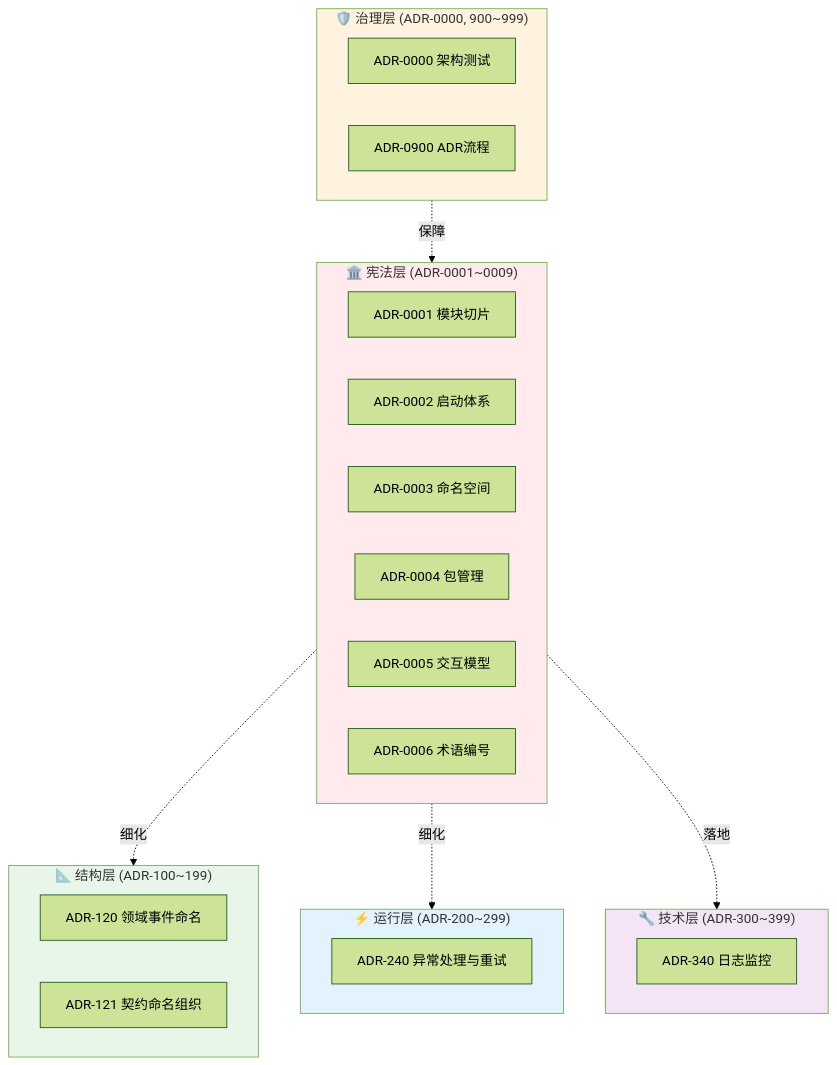
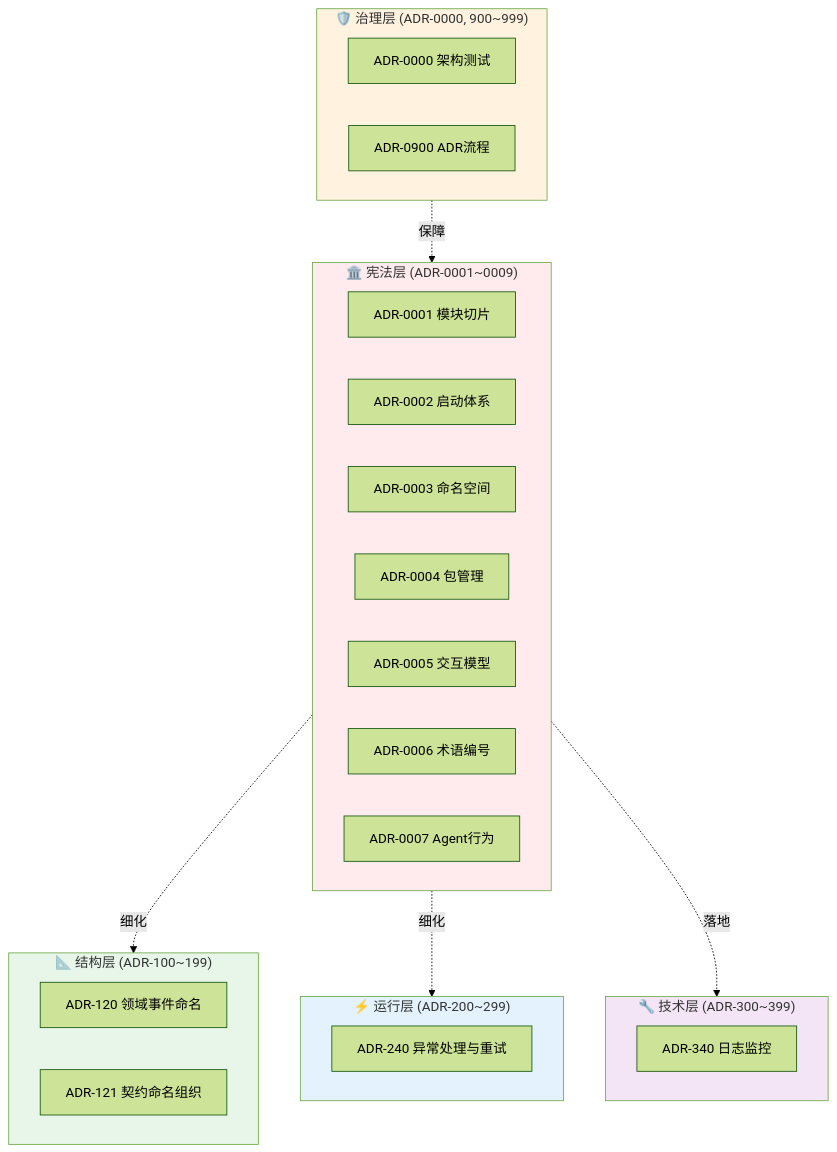
Before and after one commit to douhuaa/Zss.BilliardHall: the diagram in docs/adr/README.md, drawn with Mermaid (forest theme). The commit also changed other lines of this file and 4 other files, not shown here.

````diff
--- a/docs/adr/README.md
+++ b/docs/adr/README.md
@@ -78,39 +78,40 @@
 ```mermaid
 graph TB
     subgraph Constitutional["🏛️ 宪法层 (ADR-0001~0009)"]
         C1[ADR-0001 模块切片]
         C2[ADR-0002 启动体系]
         C3[ADR-0003 命名空间]
         C4[ADR-0004 包管理]
         C5[ADR-0005 交互模型]
         C6[ADR-0006 术语编号]
+        C7[ADR-0007 Agent行为]
     end
 
     subgraph Governance["🛡️ 治理层 (ADR-0000, 900~999)"]
         G0[ADR-0000 架构测试]
         G900[ADR-0900 ADR流程]
     end
 
     subgraph Structure["📐 结构层 (ADR-100~199)"]
         S120[ADR-120 领域事件命名]
         S121[ADR-121 契约命名组织]
     end
 
     subgraph Runtime["⚡ 运行层 (ADR-200~299)"]
         R240[ADR-240 异常处理与重试]
     end
 
     subgraph Technical["🔧 技术层 (ADR-300~399)"]
         T340[ADR-340 日志监控]
     end
 
     Governance -. 保障 .-> Constitutional
     Constitutional -. 细化 .-> Structure
     Constitutional -. 细化 .-> Runtime
     Constitutional -. 落地 .-> Technical
     style Constitutional fill: #ffebee
     style Governance fill: #fff3e0
     style Structure fill: #e8f5e9
     style Runtime fill: #e3f2fd
     style Technical fill: #f3e5f5
 ```
````
